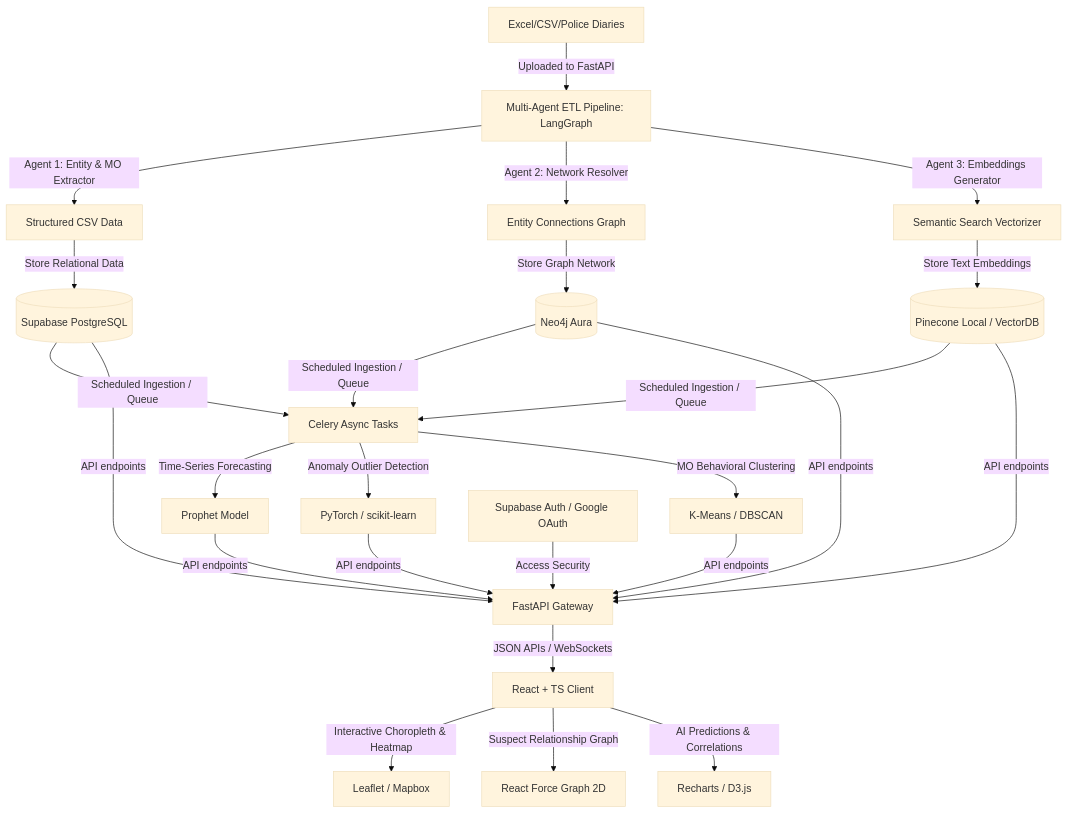
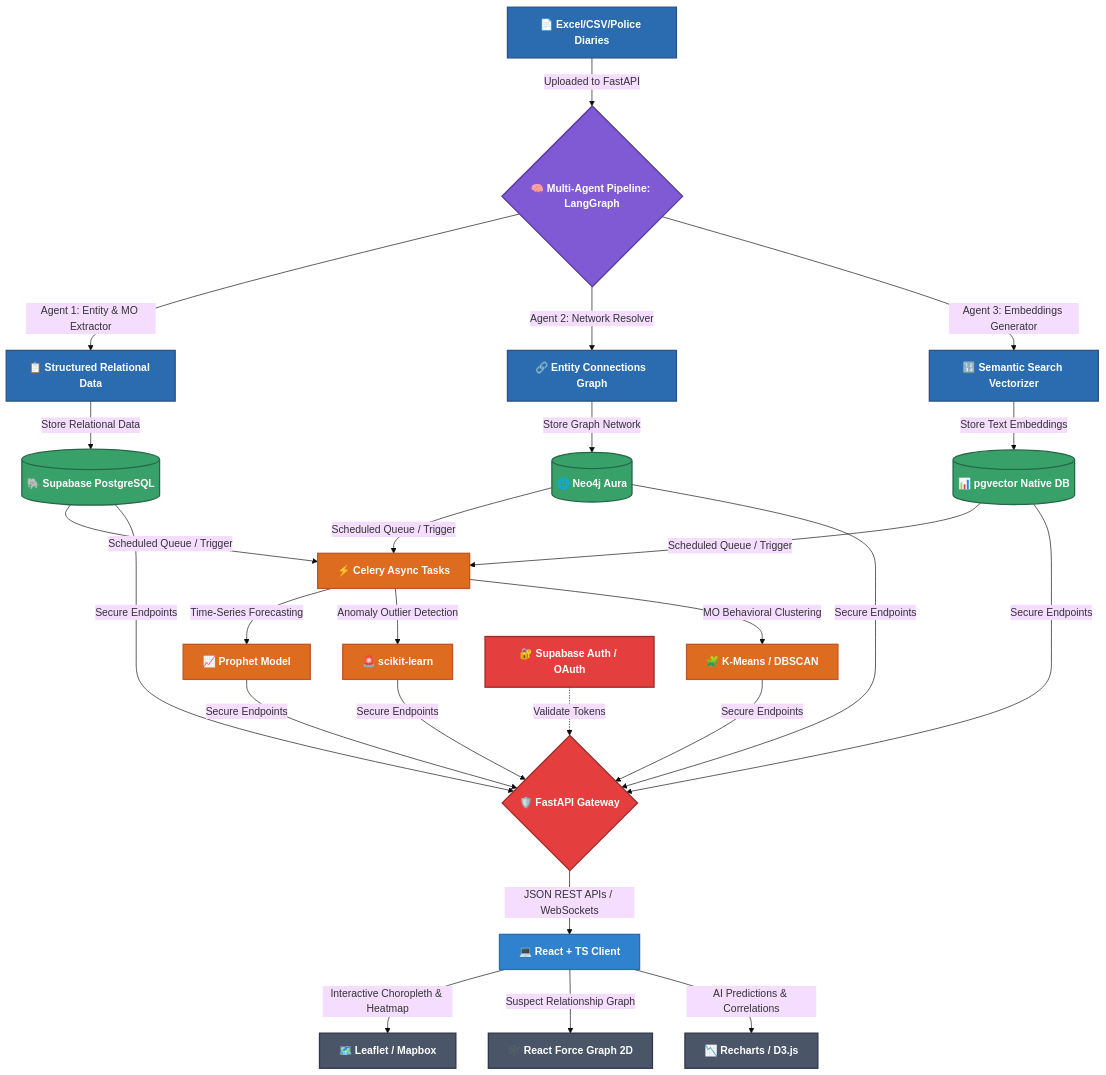
One commit to Rahul-8283/Datathon changed the diagram in README.md. Above: the diagram before and after it, drawn with Mermaid (base theme). The commit also changed other lines of this file and 1 other file, not shown here.

Commit message:
docs: updated readme file with tech stacks and architecture diagram

````diff
--- a/README.md
+++ b/README.md
@@ -31,29 +18,38 @@
 ```mermaid
 graph TD
+    %% Styling Classes
+    classDef ingestion fill:#2B6CB0,stroke:#2C5282,stroke-width:2px,color:#fff,font-weight:bold
+    classDef agents fill:#805AD5,stroke:#553C9A,stroke-width:2px,color:#fff,font-weight:bold
+    classDef database fill:#38A169,stroke:#276749,stroke-width:2px,color:#fff,font-weight:bold
+    classDef ml fill:#DD6B20,stroke:#C05621,stroke-width:2px,color:#fff,font-weight:bold
+    classDef gateway fill:#E53E3E,stroke:#9B2C2C,stroke-width:2px,color:#fff,font-weight:bold
+    classDef frontend fill:#3182CE,stroke:#2B6CB0,stroke-width:2px,color:#fff,font-weight:bold
+    classDef client fill:#4A5568,stroke:#2D3748,stroke-width:2px,color:#fff,font-weight:bold
+
     %% Ingestion Layer
-    A[Excel/CSV/Police Diaries] -->|Uploaded to FastAPI| B[Multi-Agent ETL Pipeline: LangGraph]
-    B -->|Agent 1: Entity & MO Extractor| C[Structured CSV Data]
-    B -->|Agent 2: Network Resolver| D[Entity Connections Graph]
-    B -->|Agent 3: Embeddings Generator| E[Semantic Search Vectorizer]
+    A[📄 Excel/CSV/Police Diaries]:::ingestion -->|Uploaded to FastAPI| B{🧠 Multi-Agent Pipeline: LangGraph}:::agents
+    B -->|Agent 1: Entity & MO Extractor| C[📋 Structured Relational Data]:::ingestion
+    B -->|Agent 2: Network Resolver| D[🔗 Entity Connections Graph]:::ingestion
+    B -->|Agent 3: Embeddings Generator| E[🔢 Semantic Search Vectorizer]:::ingestion
 
     %% Data Sync Layer
-    C -->|Store Relational Data| F[(Supabase PostgreSQL)]
-    D -->|Store Graph Network| G[(Neo4j Aura)]
-    E -->|Store Text Embeddings| H[(Pinecone Local / VectorDB)]
+    C -->|Store Relational Data| F[(🐘 Supabase PostgreSQL)]:::database
+    D -->|Store Graph Network| G[(🌐 Neo4j Aura)]:::database
+    E -->|Store Text Embeddings| H[(📊 pgvector Native DB)]:::database
 
     %% Analytics & ML Layer
-    F & G & H -->|Scheduled Ingestion / Queue| I[Celery Async Tasks]
-    I -->|Time-Series Forecasting| J[Prophet Model]
-    I -->|Anomaly Outlier Detection| K[PyTorch / scikit-learn]
-    I -->|MO Behavioral Clustering| L[K-Means / DBSCAN]
+    F & G & H -->|Scheduled Queue / Trigger| I[⚡ Celery Async Tasks]:::ml
+    I -->|Time-Series Forecasting| J[📈 Prophet Model]:::ml
+    I -->|Anomaly Outlier Detection| K[🚨 scikit-learn]:::ml
+    I -->|MO Behavioral Clustering| L[🧩 K-Means / DBSCAN]:::ml
 
     %% API Gateway & Auth
-    F & G & H & J & K & L -->|API endpoints| M[FastAPI Gateway]
-    N[Supabase Auth / Google OAuth] -->|Access Security| M
+    F & G & H & J & K & L -->|Secure Endpoints| M{🛡️ FastAPI Gateway}:::gateway
+    N[🔐 Supabase Auth / OAuth]:::gateway -.->|Validate Tokens| M
 
     %% Frontend Visualization
-    M -->|JSON APIs / WebSockets| O[React + TS Client]
-    O -->|Interactive Choropleth & Heatmap| P[Leaflet / Mapbox]
-    O -->|Suspect Relationship Graph| Q[React Force Graph 2D]
-    O -->|AI Predictions & Correlations| R[Recharts / D3.js]
+    M -->|JSON REST APIs / WebSockets| O[💻 React + TS Client]:::frontend
+    O -->|Interactive Choropleth & Heatmap| P[🗺️ Leaflet / Mapbox]:::client
+    O -->|Suspect Relationship Graph| Q[🕸️ React Force Graph 2D]:::client
+    O -->|AI Predictions & Correlations| R[📉 Recharts / D3.js]:::client
 ```
````
